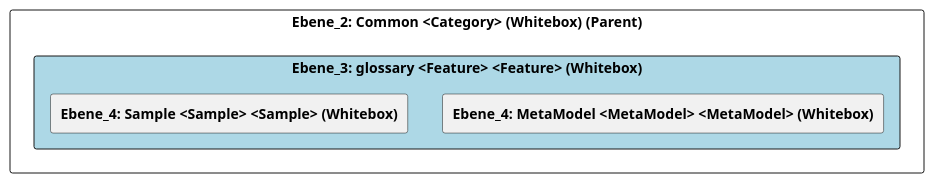
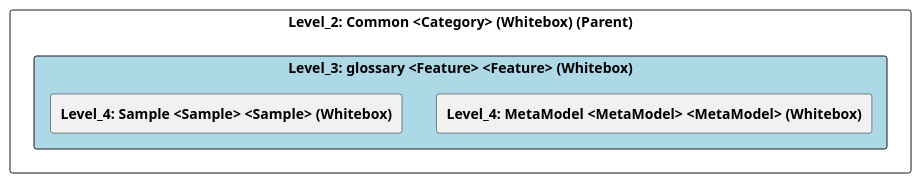
One commit to marcozwyssig/cleon changed the diagram in doc/cleonproject_deliverables_architecture_model_architecture/adoc/de/05_bausteinsicht/cleon/common/glossary/ebene_3_glossary.adoc. Above: the diagram before and after it, drawn with PlantUML. The commit also changed other lines of this file and 83 other files, not shown here.

```diff
--- a/doc/cleonproject_deliverables_architecture_model_architecture/adoc/de/05_bausteinsicht/cleon/common/glossary/ebene_3_glossary.adoc
+++ b/doc/cleonproject_deliverables_architecture_model_architecture/adoc/de/05_bausteinsicht/cleon/common/glossary/ebene_3_glossary.adoc
@@ -20,25 +20,25 @@
-[plantuml, Ebene_3: glossary <Feature> <Feature> (Whitebox)BlockOverview, format="svg"]
+[plantuml, Level_3: glossary <Feature> <Feature> (Whitebox)BlockOverview, format="svg"]
 ----
-@startuml Ebene_3: glossary <Feature> <Feature> (Whitebox)BuildingBlockOverview
+@startuml Level_3: glossary <Feature> <Feature> (Whitebox)BuildingBlockOverview
 
 skinparam ranksep 10
 skinparam componentStyle rectangle
 skinparam shadowing false
 skinparam arrowColor lightblue
 skinparam arrowThickness 1.2
 skinparam rectangle {
   BackgroundColor White
   BorderColor #333
   RoundCorner 10
 }
 top to bottom direction
 
-component "Ebene_2: Common <Category> (Whitebox) (Parent)" {
-    component "Ebene_3: glossary <Feature> <Feature> (Whitebox)" #lightblue {
-        [**Ebene_4: MetaModel <MetaModel> <MetaModel> (Whitebox)**] as 4A570579_D579_11EE_903E_9F564E4DE07E
-        [**Ebene_4: Sample <Sample> <Sample> (Whitebox)**] as 4A57057A_D579_11EE_903E_9F564E4DE07E
+component "Level_2: Common <Category> (Whitebox) (Parent)" {
+    component "Level_3: glossary <Feature> <Feature> (Whitebox)" #lightblue {
+        [**Level_4: MetaModel <MetaModel> <MetaModel> (Whitebox)**] as 4A570579_D579_11EE_903E_9F564E4DE07E
+        [**Level_4: Sample <Sample> <Sample> (Whitebox)**] as 4A57057A_D579_11EE_903E_9F564E4DE07E
     }
 }
 
 @enduml
 ----
```
